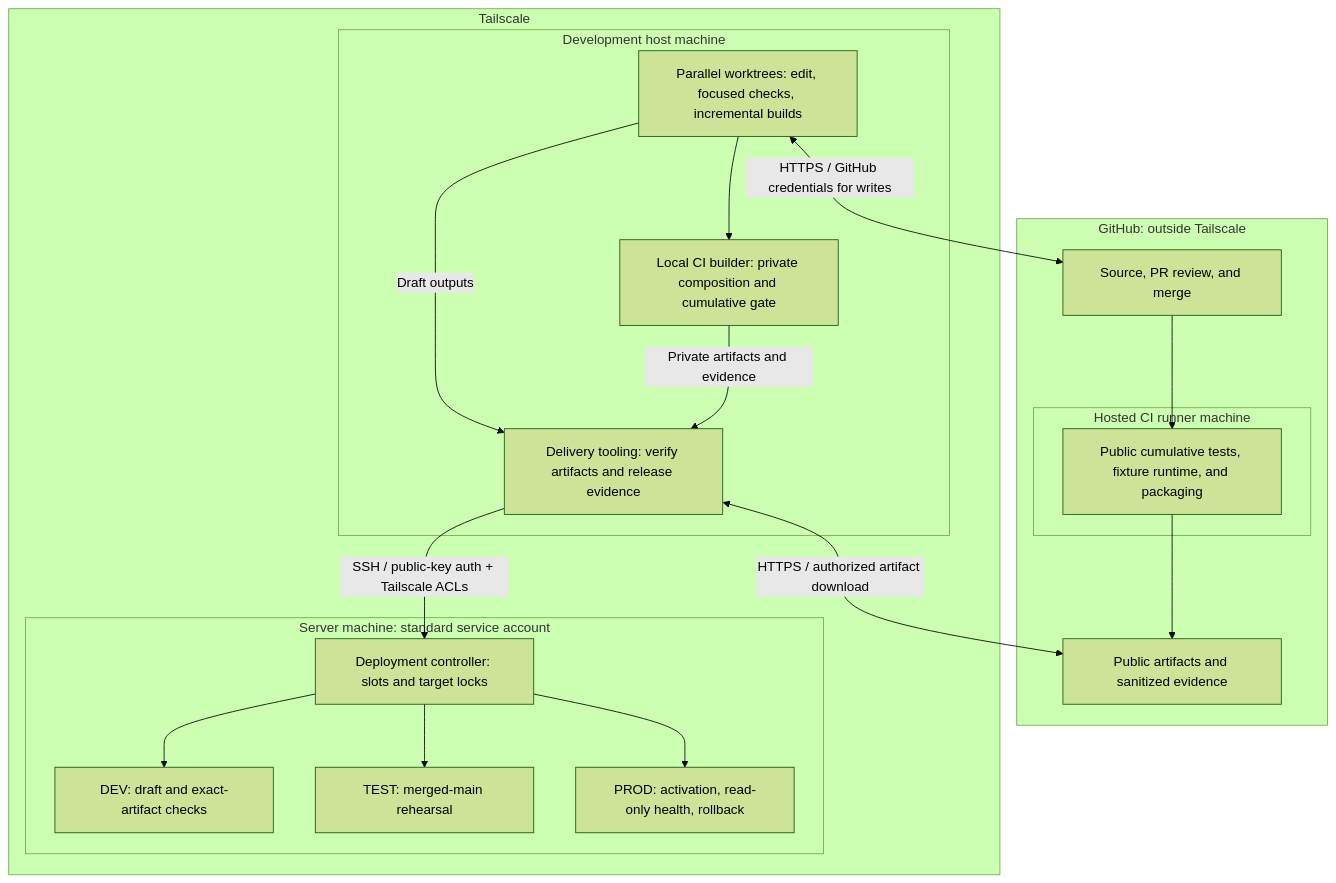
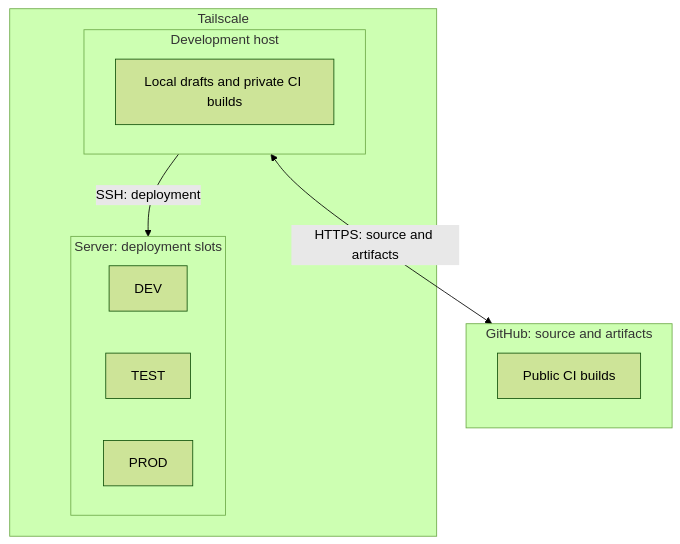
One commit to coletaylor788/puddles changed the third of 5 diagrams in docs/openclaw-setup/security-architecture.md. Above: the diagram before and after it, drawn with Mermaid (forest theme).

Commit message:
Simplify build locations and deployment slots diagram

````diff
--- a/docs/openclaw-setup/security-architecture.md
+++ b/docs/openclaw-setup/security-architecture.md
@@ -106,33 +106,18 @@
 ```mermaid
 flowchart TB
-    subgraph GitHub["GitHub: outside Tailscale"]
-        Repo["Source, PR review, and merge"]
-        subgraph Runner["Hosted CI runner machine"]
-            CI["Public cumulative tests, fixture runtime, and packaging"]
-        end
-        Artifacts["Public artifacts and sanitized evidence"]
-        Repo --> CI --> Artifacts
+    subgraph GitHub["GitHub: source and artifacts"]
+        CI["Public CI builds"]
     end
     subgraph Tailnet["Tailscale"]
-        subgraph DevMachine["Development host machine"]
-            Work["Parallel worktrees: edit, focused checks, incremental builds"]
-            Builder["Local CI builder: private composition and cumulative gate"]
-            Delivery["Delivery tooling: verify artifacts and release evidence"]
-            Work --> Builder
-            Work -->|"Draft outputs"| Delivery
-            Builder -->|"Private artifacts and evidence"| Delivery
+        subgraph Host["Development host"]
+            Builds["Local drafts and private CI builds"]
         end
-        subgraph Server["Server machine: standard service account"]
-            Deploy["Deployment controller: slots and target locks"]
-            DEV["DEV: draft and exact-artifact checks"]
-            TEST["TEST: merged-main rehearsal"]
-            PROD["PROD: activation, read-only health, rollback"]
-            Deploy --> DEV
-            Deploy --> TEST
-            Deploy --> PROD
+        subgraph Server["Server: deployment slots"]
+            DEV["DEV"]
+            TEST["TEST"]
+            PROD["PROD"]
         end
     end
-    Work <-->|"HTTPS / GitHub credentials for writes"| Repo
-    Delivery <-->|"HTTPS / authorized artifact download"| Artifacts
-    Delivery -->|"SSH / public-key auth + Tailscale ACLs"| Deploy
+    Host <-->|"HTTPS: source and artifacts"| GitHub
+    Host -->|"SSH: deployment"| Server
 ```
````
